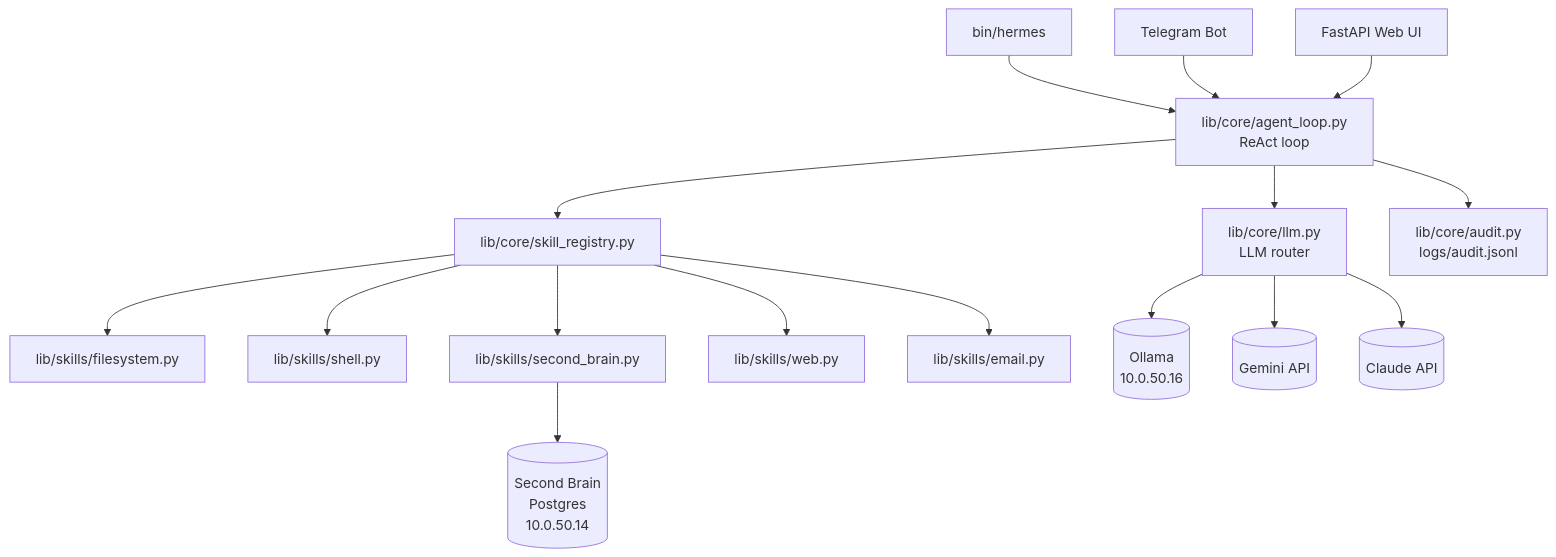
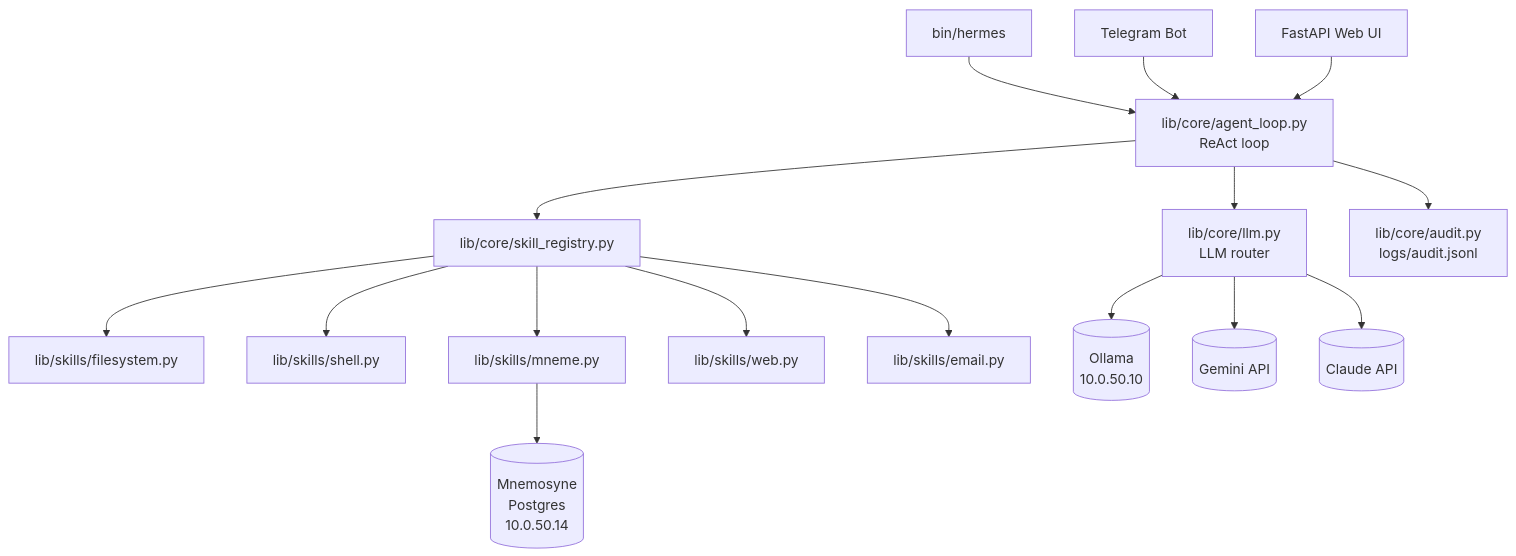
The diagram in docs/hermes-design-doc-v1.0.md (SirHexxus/homelab-command), drawn with Mermaid before and after one commit. The commit also changed other lines of this file and 47 other files, not shown here.

Commit message:
app: rename second_brain skill → mneme; update config keys to mnemosyne

````diff
--- a/docs/hermes-design-doc-v1.0.md
+++ b/docs/hermes-design-doc-v1.0.md
@@ -45,22 +45,22 @@
 ```mermaid
 flowchart TD
     CLI[bin/hermes] --> AgentLoop
     Telegram[Telegram Bot] --> AgentLoop
     WebUI[FastAPI Web UI] --> AgentLoop
 
     AgentLoop[lib/core/agent_loop.py\nReAct loop] --> LLM[lib/core/llm.py\nLLM router]
     AgentLoop --> SkillRegistry[lib/core/skill_registry.py]
     AgentLoop --> Audit[lib/core/audit.py\nlogs/audit.jsonl]
 
     SkillRegistry --> Filesystem[lib/skills/filesystem.py]
     SkillRegistry --> Shell[lib/skills/shell.py]
-    SkillRegistry --> SecondBrain[lib/skills/second_brain.py]
+    SkillRegistry --> Mneme[lib/skills/mneme.py]
     SkillRegistry --> Web[lib/skills/web.py]
     SkillRegistry --> Email[lib/skills/email.py]
 
-    LLM --> Ollama[(Ollama\n10.0.50.16)]
+    LLM --> Ollama[(Ollama\n10.0.50.10)]
     LLM --> Gemini[(Gemini API)]
     LLM --> Claude[(Claude API)]
 
-    SecondBrain --> Postgres[(Second Brain\nPostgres\n10.0.50.14)]
+    Mneme --> Postgres[(Mnemosyne\nPostgres\n10.0.50.14)]
 ```
````
